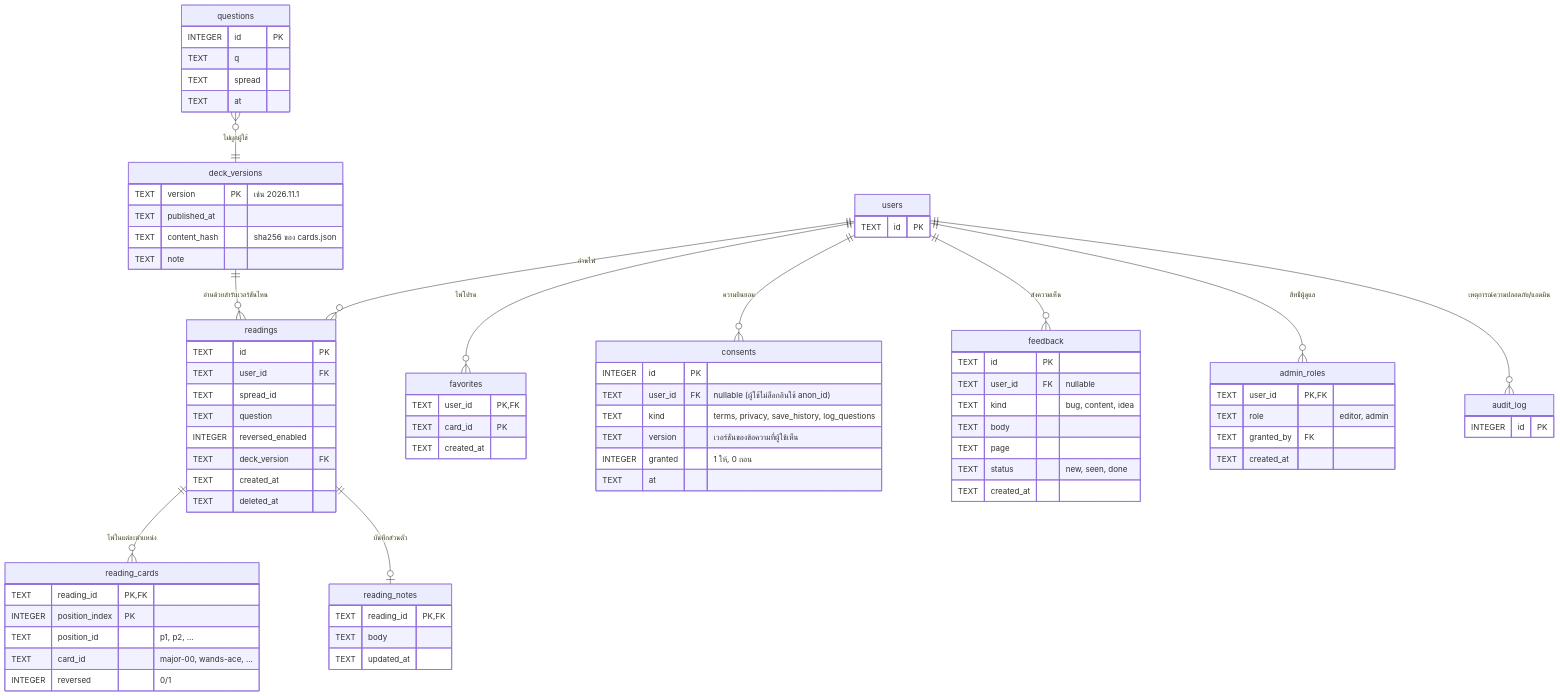
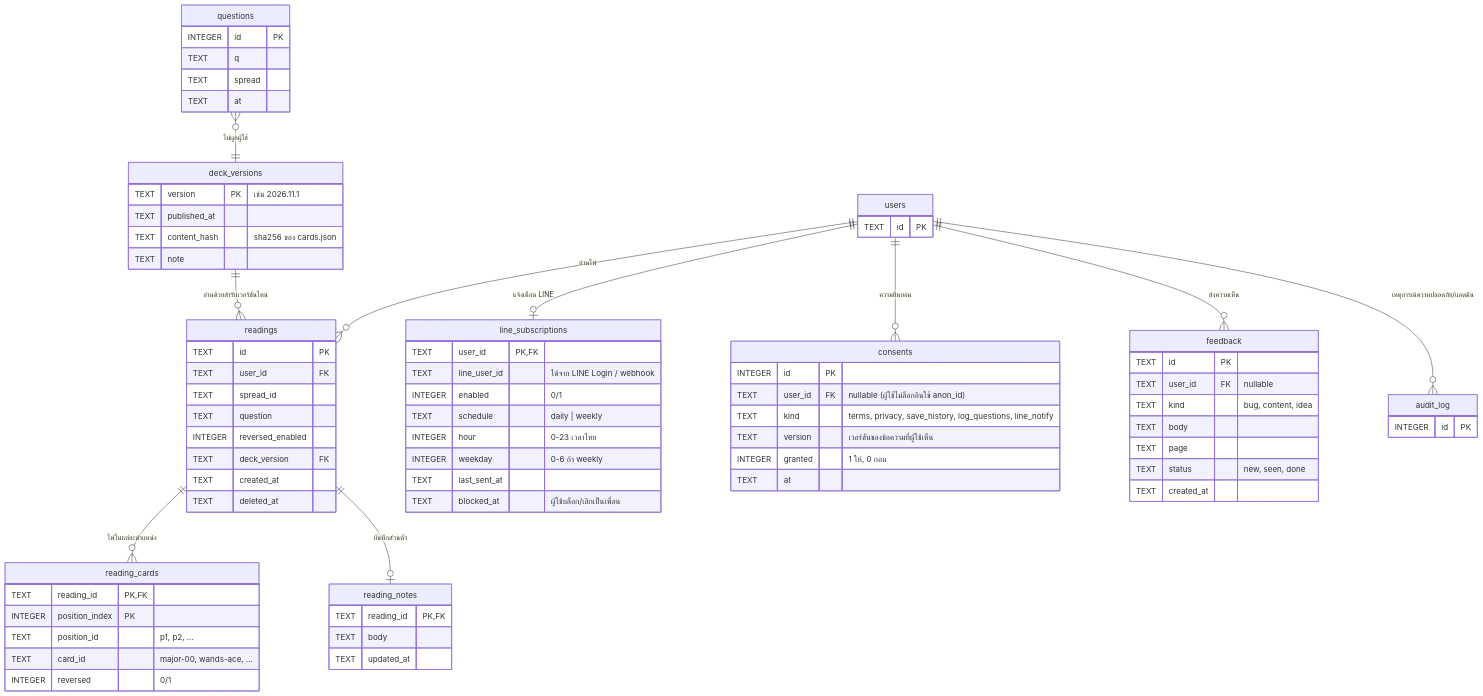
The second of 3 diagrams in docs/08_BACKEND_ARCHITECTURE_TH.md (mindanao0/Taro), drawn with Mermaid before and after one commit. The commit also changed other lines of this file, not shown here.

First line of the commit message:
Backend plan: apply decisions (history+notes, dev-only content, Thailand/PDPA, LINE notifications)

````diff
--- a/docs/08_BACKEND_ARCHITECTURE_TH.md
+++ b/docs/08_BACKEND_ARCHITECTURE_TH.md
@@ -68,78 +79,76 @@
 ```mermaid
 erDiagram
   users ||--o{ readings : "อ่านไพ่"
   readings ||--o{ reading_cards : "ไพ่ในแต่ละตำแหน่ง"
   readings ||--o| reading_notes : "บันทึกส่วนตัว"
-  users ||--o{ favorites : "ไพ่โปรด"
+  users ||--o| line_subscriptions : "แจ้งเตือน LINE"
   users ||--o{ consents : "ความยินยอม"
   users ||--o{ feedback : "ส่งความเห็น"
-  users ||--o{ admin_roles : "สิทธิ์ผู้ดูแล"
   users ||--o{ audit_log : "เหตุการณ์ความปลอดภัย/แอดมิน"
   deck_versions ||--o{ readings : "อ่านด้วยสำรับเวอร์ชันไหน"
   questions }o--|| deck_versions : "ไม่ผูกผู้ใช้"
 
   users { TEXT id PK }
   readings {
     TEXT id PK
     TEXT user_id FK
     TEXT spread_id
     TEXT question
     INTEGER reversed_enabled
     TEXT deck_version FK
     TEXT created_at
     TEXT deleted_at
   }
   reading_cards {
     TEXT reading_id PK,FK
     INTEGER position_index PK
     TEXT position_id "p1, p2, ..."
     TEXT card_id "major-00, wands-ace, ..."
     INTEGER reversed "0/1"
   }
   reading_notes {
     TEXT reading_id PK,FK
     TEXT body
     TEXT updated_at
   }
-  favorites {
+  line_subscriptions {
     TEXT user_id PK,FK
-    TEXT card_id PK
-    TEXT created_at
+    TEXT line_user_id "ได้จาก LINE Login / webhook"
+    INTEGER enabled "0/1"
+    TEXT schedule "daily | weekly"
+    INTEGER hour "0-23 เวลาไทย"
+    INTEGER weekday "0-6 ถ้า weekly"
+    TEXT last_sent_at
+    TEXT blocked_at "ผู้ใช้บล็อก/เลิกเป็นเพื่อน"
   }
   consents {
     INTEGER id PK
     TEXT user_id FK "nullable (ผู้ใช้ไม่ล็อกอินใช้ anon_id)"
-    TEXT kind "terms, privacy, save_history, log_questions"
+    TEXT kind "terms, privacy, save_history, log_questions, line_notify"
     TEXT version "เวอร์ชันของข้อความที่ผู้ใช้เห็น"
     INTEGER granted "1 ให้, 0 ถอน"
     TEXT at
   }
   feedback {
     TEXT id PK
     TEXT user_id FK "nullable"
     TEXT kind "bug, content, idea"
     TEXT body
     TEXT page
     TEXT status "new, seen, done"
-    TEXT created_at
-  }
-  admin_roles {
-    TEXT user_id PK,FK
-    TEXT role "editor, admin"
-    TEXT granted_by FK
     TEXT created_at
   }
   deck_versions {
     TEXT version PK "เช่น 2026.11.1"
     TEXT published_at
     TEXT content_hash "sha256 ของ cards.json"
     TEXT note
   }
   questions {
     INTEGER id PK
     TEXT q
     TEXT spread
     TEXT at
   }
   audit_log { INTEGER id PK }
 ```
````
